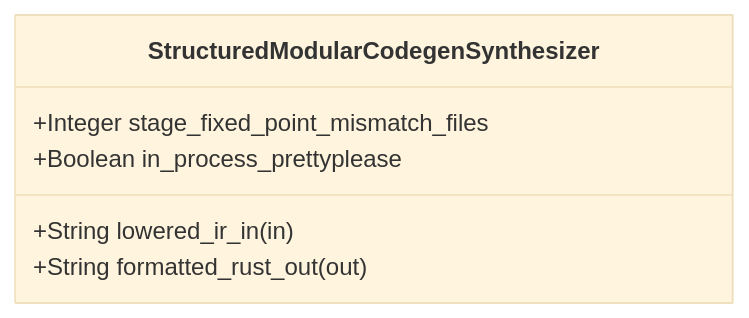
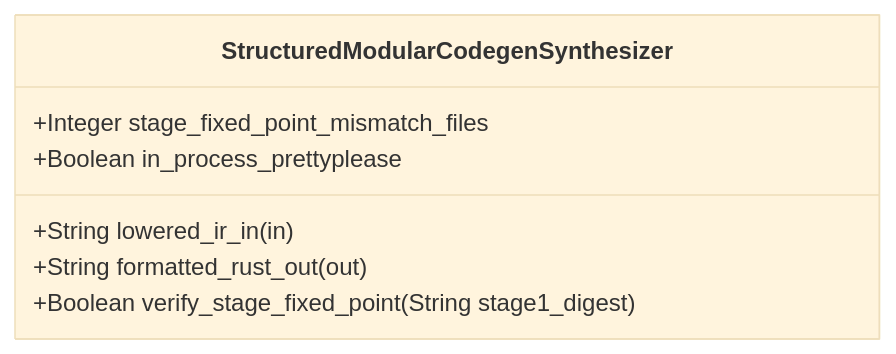
One commit to gintatkinson/DEAP01-spec-core changed the diagram in .pipeline/upstream/docs/features/FEAT-38-StructuredModularCodegenSynthesizer.md. Above: the diagram before and after it, drawn with Mermaid (base theme). The commit also changed other lines of this file and 225 other files, not shown here.

````diff
--- a/.pipeline/upstream/docs/features/FEAT-38-StructuredModularCodegenSynthesizer.md
+++ b/.pipeline/upstream/docs/features/FEAT-38-StructuredModularCodegenSynthesizer.md
@@ -16,9 +16,10 @@
 ```mermaid
 classDiagram
     class StructuredModularCodegenSynthesizer {
         +String lowered_ir_in (in)
         +String formatted_rust_out (out)
         +Integer stage_fixed_point_mismatch_files
         +Boolean in_process_prettyplease
+        +Boolean verify_stage_fixed_point(String stage1_digest)
     }
 ```
````
